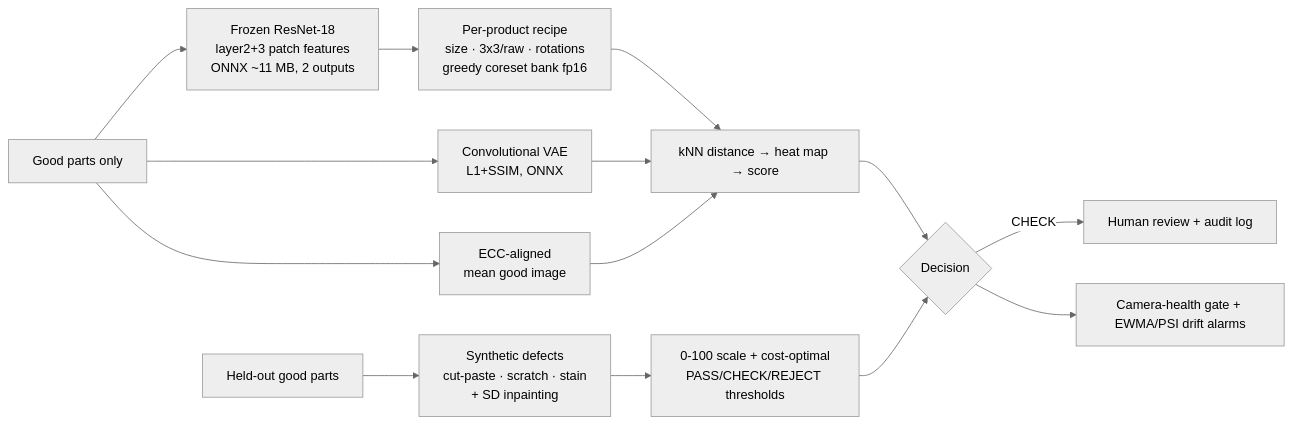
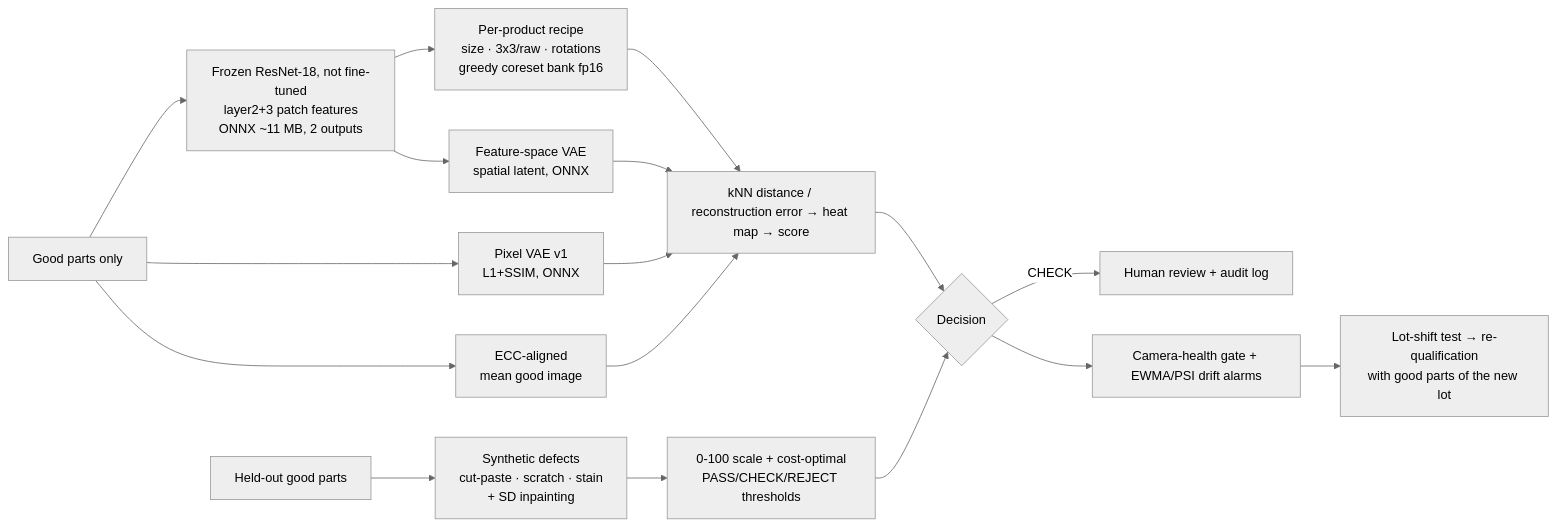
Before and after one commit to hbasired/defectspotter: the diagram in README.md, drawn with Mermaid (neutral theme). The commit also changed other lines of this file and 10 other files, not shown here.

````diff
--- a/README.md
+++ b/README.md
@@ -136,16 +140,19 @@
 ```mermaid
 flowchart LR
-  A[Good parts only] --> B[Frozen ResNet-18<br/>layer2+3 patch features<br/>ONNX ~11 MB, 2 outputs]
+  A[Good parts only] --> B[Frozen ResNet-18, not fine-tuned<br/>layer2+3 patch features<br/>ONNX ~11 MB, 2 outputs]
   B --> C[Per-product recipe<br/>size · 3x3/raw · rotations<br/>greedy coreset bank fp16]
-  A --> V[Convolutional VAE<br/>L1+SSIM, ONNX]
+  B --> F[Feature-space VAE<br/>spatial latent, ONNX]
+  A --> V[Pixel VAE v1<br/>L1+SSIM, ONNX]
   A --> M[ECC-aligned<br/>mean good image]
   P[Held-out good parts] --> S[Synthetic defects<br/>cut-paste · scratch · stain<br/>+ SD inpainting]
-  C --> K[kNN distance → heat map → score]
+  C --> K[kNN distance / reconstruction error → heat map → score]
+  F --> K
   V --> K
   M --> K
   S --> T[0-100 scale + cost-optimal<br/>PASS/CHECK/REJECT thresholds]
   K --> D{Decision}
   T --> D
   D -->|CHECK| H[Human review + audit log]
   D --> R[Camera-health gate + EWMA/PSI drift alarms]
+  R --> Q[Lot-shift test → re-qualification<br/>with good parts of the new lot]
 ```
````
